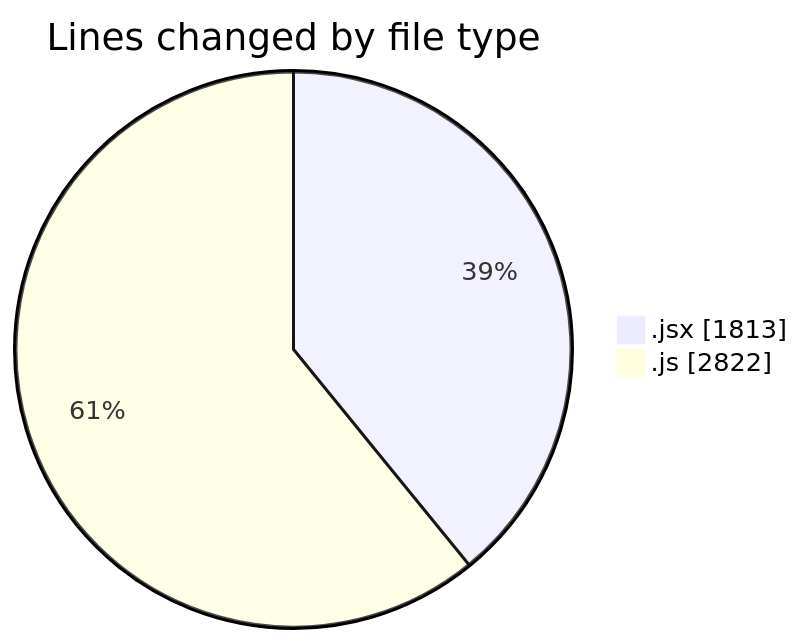
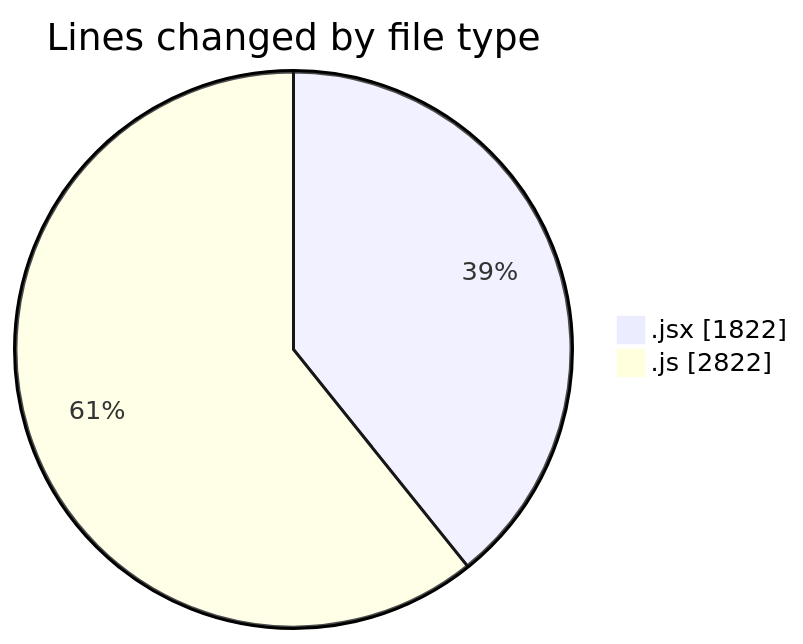
Before and after one commit to nxtqubesakshisongat/code-tracking: the first of 2 diagrams in 2025-11-07/nxtqube_webapp/README.md, drawn with Mermaid. The commit also changed other lines of this file and 1 other file, not shown here.

````diff
--- a/2025-11-07/nxtqube_webapp/README.md
+++ b/2025-11-07/nxtqube_webapp/README.md
@@ -27,6 +27,6 @@
 ```mermaid
 pie showData
 title Lines changed by file type
-".jsx" : 1813
+".jsx" : 1822
 ".js" : 2822
 ```
````
